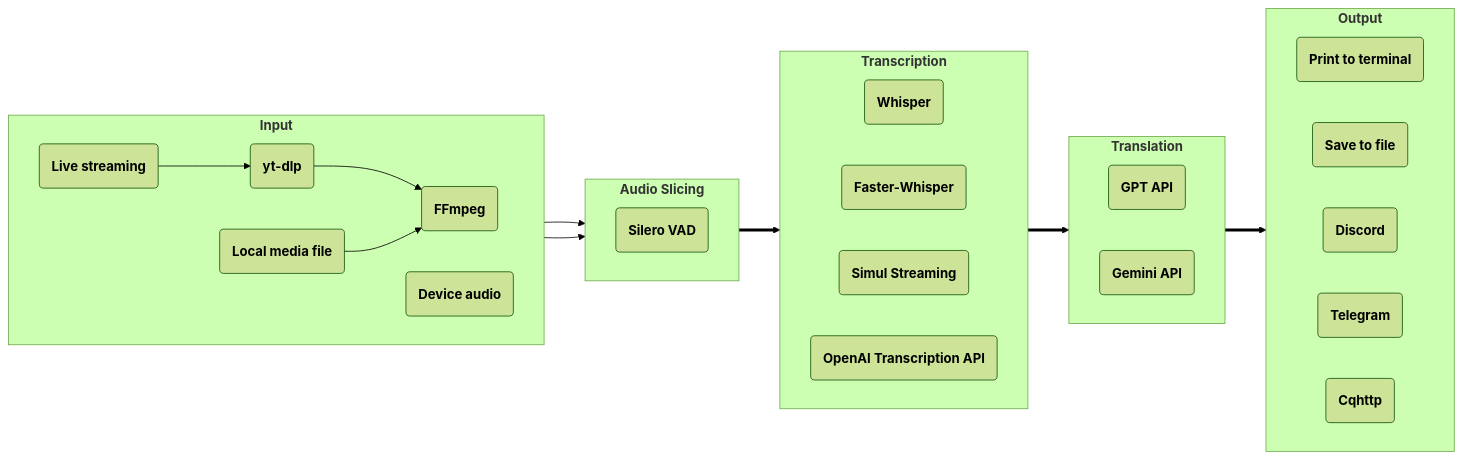
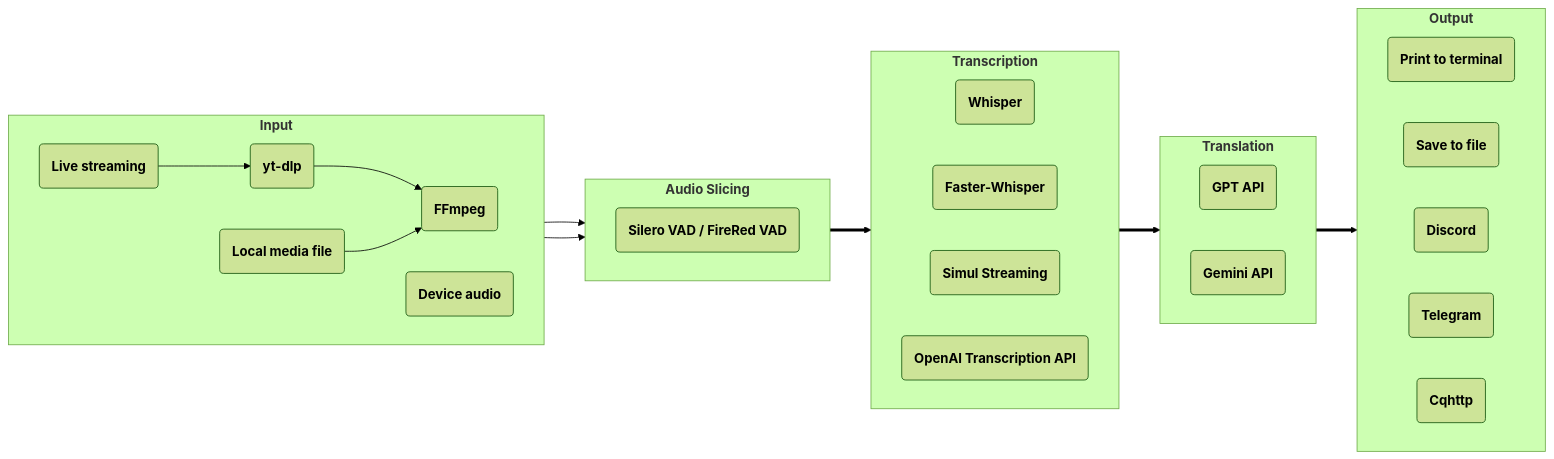
The diagram in stream-translator-gpt/README.md (SakurajimaMai-1202/stream-translator-gpt-floatwindow-ui), drawn with Mermaid (forest theme) before and after one commit. The commit also changed other lines of this file and 2 other files, not shown here.

Commit message:
docs: update README with FireRed VAD features and command line options

````diff
--- a/stream-translator-gpt/README.md
+++ b/stream-translator-gpt/README.md
@@ -19,43 +19,43 @@
 ```mermaid
 flowchart LR
     subgraph ga["`**Input**`"]
         direction LR
         aa("`**FFmpeg**`")
         ab("`**Device audio**`")
         ac("`**yt-dlp**`")
         ad("`**Local media file**`")
         ae("`**Live streaming**`")
         ac --> aa
         ad --> aa
         ae --> ac
     end
     subgraph gb["`**Audio Slicing**`"]
         direction LR
-        ba("`**Silero VAD**`")
+        ba("`**Silero VAD / FireRed VAD**`")
     end
     subgraph gc["`**Transcription**`"]
         direction LR
         ca("`**Whisper**`")
         cb("`**Faster-Whisper**`")
         cc("`**Simul Streaming**`")
         cd("`**OpenAI Transcription API**`")
     end
     subgraph gd["`**Translation**`"]
         direction LR
         da("`**GPT API**`")
         db("`**Gemini API**`")
     end
     subgraph ge["`**Output**`"]
         direction LR
         ea("`**Print to terminal**`")
         ee("`**Save to file**`")
         ec("`**Discord**`")
         ed("`**Telegram**`")
         eb("`**Cqhttp**`")
     end
     aa --> gb
     ab --> gb
     gb ==> gc
     gc ==> gd
     gd ==> ge
 ```
````
